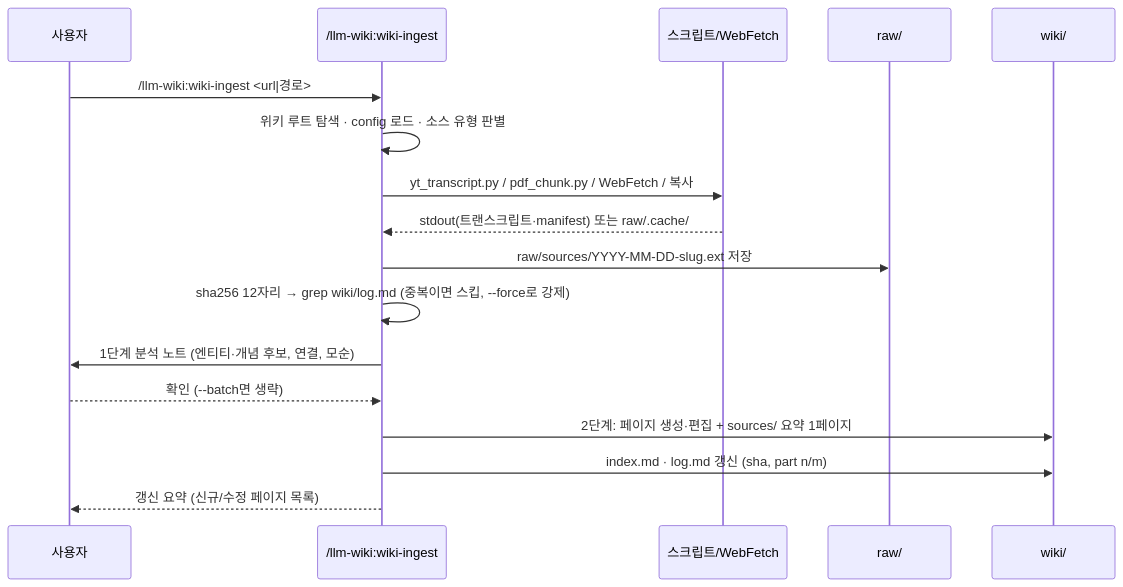
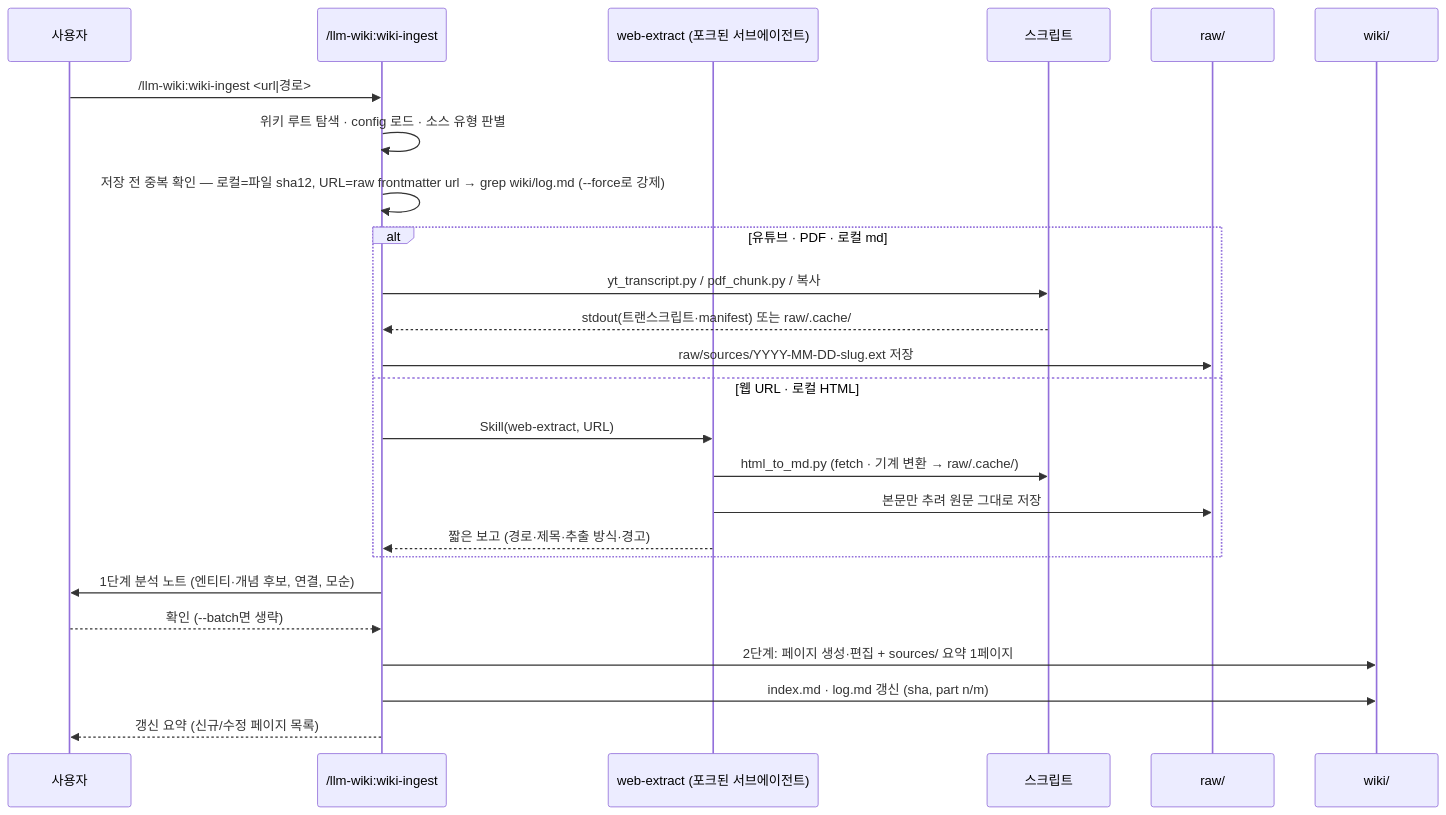
Before and after one commit to Cho-D-YoungRae/superkit: the second of 2 diagrams in plugins/llm-wiki/ARCHITECTURE.md, drawn with Mermaid. The commit also changed other lines of this file and 8 other files, not shown here.

First line of the commit message:
feat: 웹 원본 추출을 포크된 서브에이전트(web-extract) + 기계 변환 헬퍼(html_to_md)로

````diff
--- a/plugins/llm-wiki/ARCHITECTURE.md
+++ b/plugins/llm-wiki/ARCHITECTURE.md
@@ -27,20 +27,28 @@
 ```mermaid
 sequenceDiagram
     participant U as 사용자
     participant C as /llm-wiki:wiki-ingest
-    participant S as 스크립트/WebFetch
+    participant X as web-extract (포크된 서브에이전트)
+    participant S as 스크립트
     participant R as raw/
     participant W as wiki/
 
     U->>C: /llm-wiki:wiki-ingest <url|경로>
     C->>C: 위키 루트 탐색 · config 로드 · 소스 유형 판별
-    C->>S: yt_transcript.py / pdf_chunk.py / WebFetch / 복사
-    S-->>C: stdout(트랜스크립트·manifest) 또는 raw/.cache/
-    C->>R: raw/sources/YYYY-MM-DD-slug.ext 저장
-    C->>C: sha256 12자리 → grep wiki/log.md (중복이면 스킵, --force로 강제)
+    C->>C: 저장 전 중복 확인 — 로컬=파일 sha12, URL=raw frontmatter url → grep wiki/log.md (--force로 강제)
+    alt 유튜브 · PDF · 로컬 md
+        C->>S: yt_transcript.py / pdf_chunk.py / 복사
+        S-->>C: stdout(트랜스크립트·manifest) 또는 raw/.cache/
+        C->>R: raw/sources/YYYY-MM-DD-slug.ext 저장
+    else 웹 URL · 로컬 HTML
+        C->>X: Skill(web-extract, URL)
+        X->>S: html_to_md.py (fetch · 기계 변환 → raw/.cache/)
+        X->>R: 본문만 추려 원문 그대로 저장
+        X-->>C: 짧은 보고 (경로·제목·추출 방식·경고)
+    end
     C->>U: 1단계 분석 노트 (엔티티·개념 후보, 연결, 모순)
     U-->>C: 확인 (--batch면 생략)
     C->>W: 2단계: 페이지 생성·편집 + sources/ 요약 1페이지
     C->>W: index.md · log.md 갱신 (sha, part n/m)
     C-->>U: 갱신 요약 (신규/수정 페이지 목록)
 ```
````
